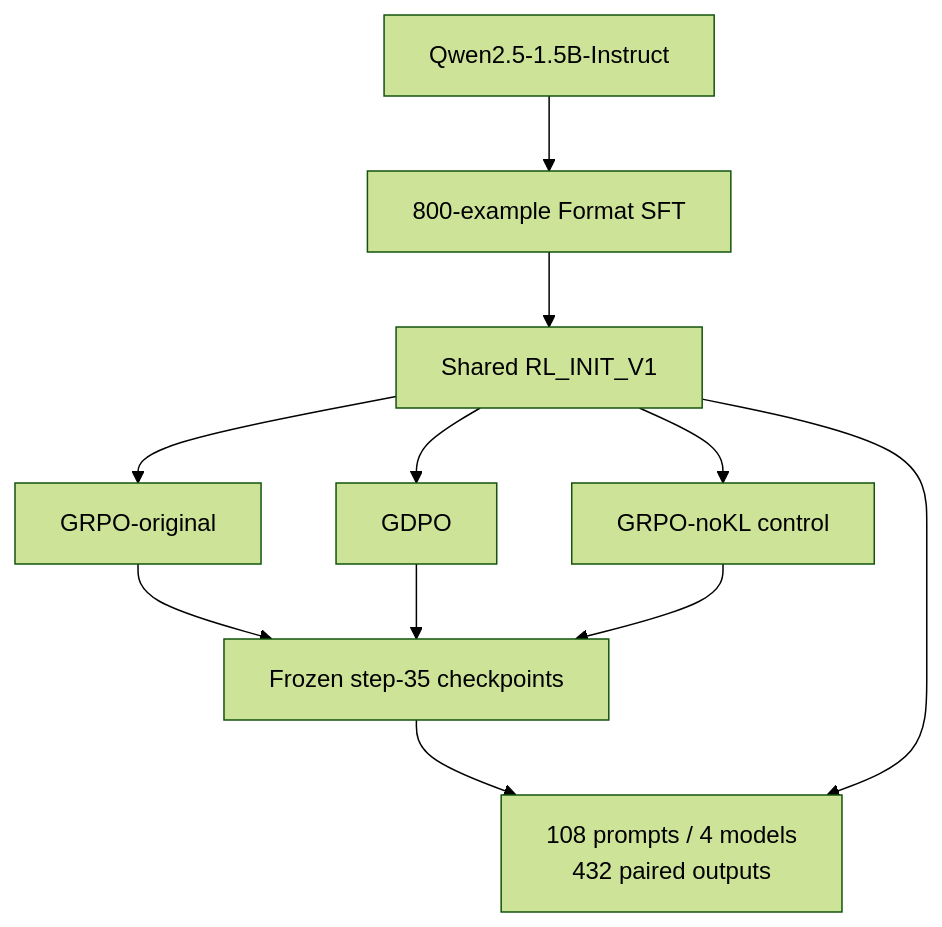
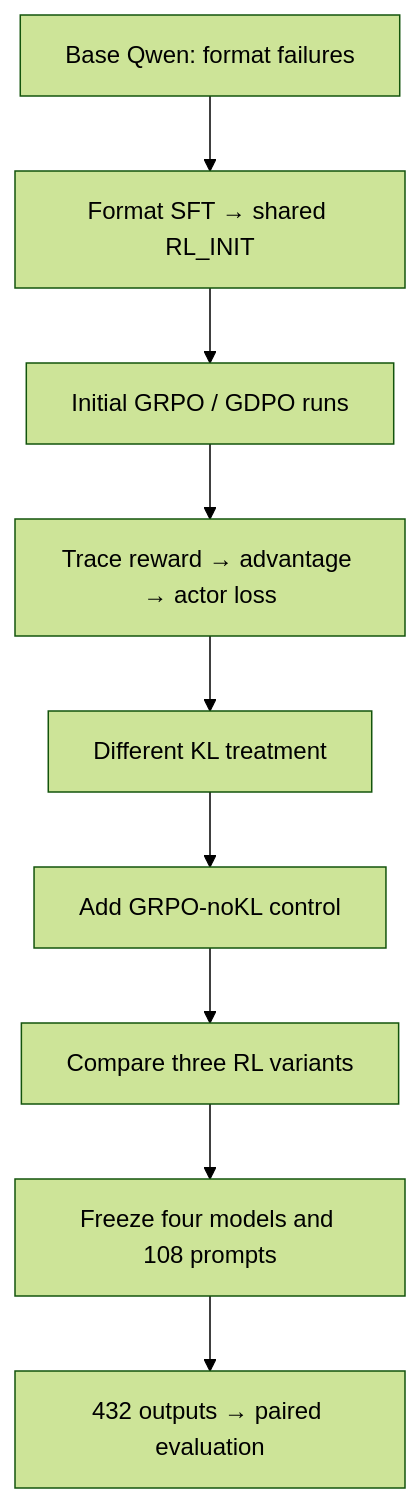
Before and after one commit to Kk111777/ToolPostTrain: the diagram in README.md, drawn with Mermaid (forest theme). The commit also changed other lines of this file and 1 other file, not shown here.

Commit message:
docs: explain the reasoning behind the GRPO/GDPO comparison (#7)

````diff
--- a/README.md
+++ b/README.md
@@ -42,13 +56,11 @@
 ```mermaid
 flowchart TD
-    Base["Qwen2.5-1.5B-Instruct"] --> SFT["800-example Format SFT"]
-    SFT --> Init["Shared RL_INIT_V1"]
-    Init --> Original["GRPO-original"]
-    Init --> GDPO["GDPO"]
-    Init --> NoKL["GRPO-noKL control"]
-    Original --> Frozen["Frozen step-35 checkpoints"]
-    GDPO --> Frozen
-    NoKL --> Frozen
-    Frozen --> Eval["108 prompts / 4 models<br/>432 paired outputs"]
-    Init --> Eval
+    Base["Base Qwen: format failures"] --> SFT["Format SFT → shared RL_INIT"]
+    SFT --> Runs["Initial GRPO / GDPO runs"]
+    Runs --> Audit["Trace reward → advantage → actor loss"]
+    Audit --> Confound["Different KL treatment"]
+    Confound --> Control["Add GRPO-noKL control"]
+    Control --> Compare["Compare three RL variants"]
+    Compare --> Eval["Freeze four models and 108 prompts"]
+    Eval --> Results["432 outputs → paired evaluation"]
 ```
````
